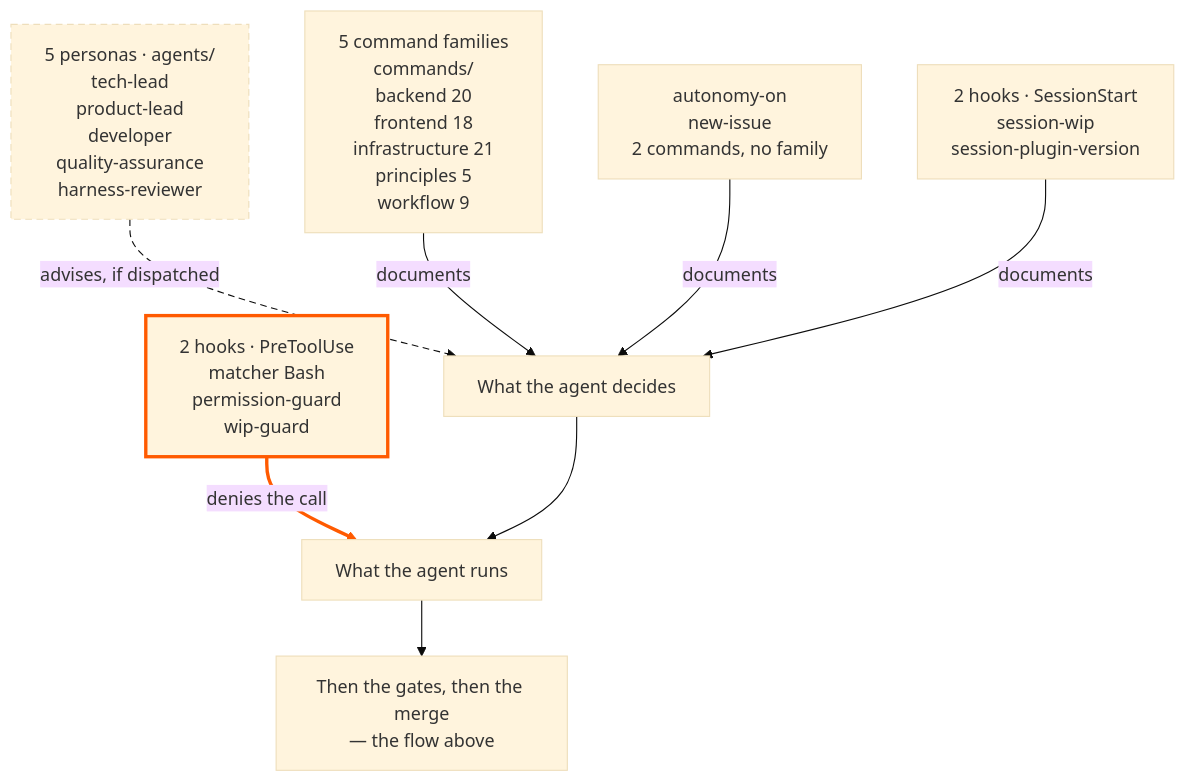
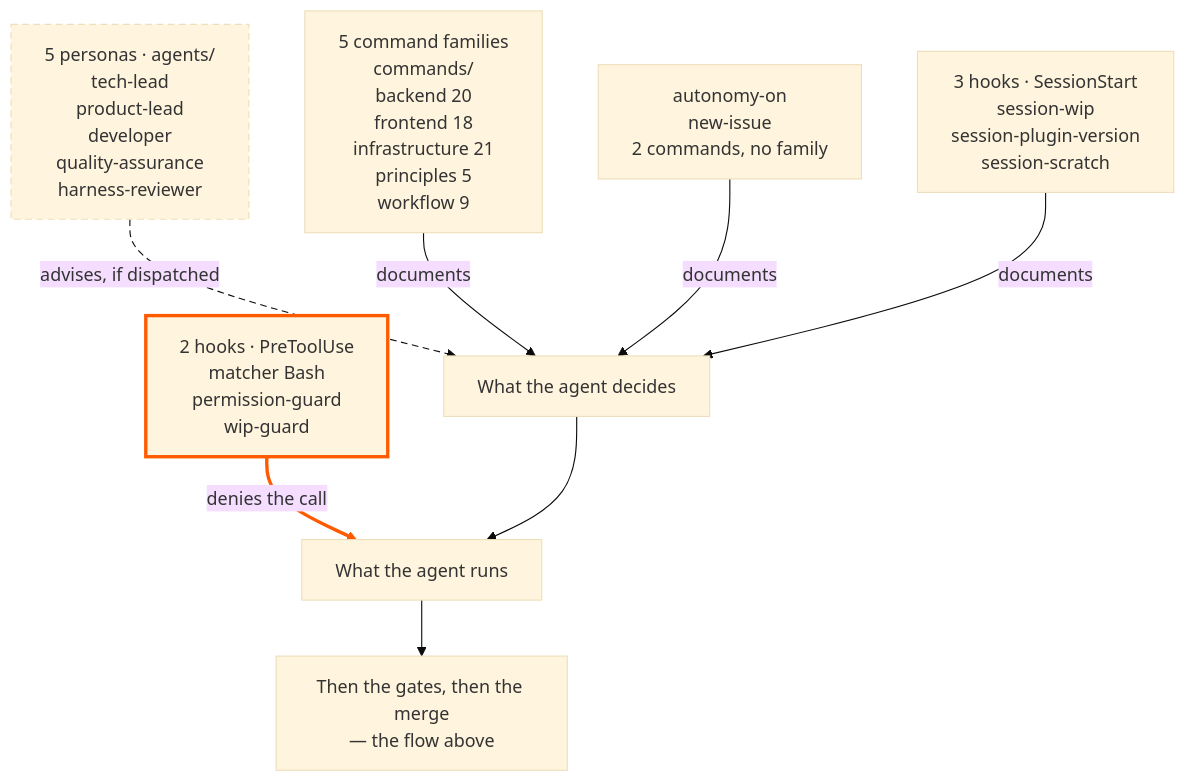
One commit to tedeuxx/tadeumendonca-io changed the fourth of 4 diagrams in apps/fed/src/content/architecture.en.md. Above: the diagram before and after it, drawn with Mermaid (base theme). The commit also changed 9 other files, not shown here.

````diff
--- a/apps/fed/src/content/architecture.en.md
+++ b/apps/fed/src/content/architecture.en.md
@@ -197,26 +197,26 @@
 ```mermaid
 flowchart TB
   accTitle: What the harness is made of
   accDescr: Three kinds of component, drawn apart because they do not have the same force. The hooks registered in hooks.json — permission-guard and wip-guard run on the PreToolUse event with the matcher Bash and REFUSE a tool call before it runs; session-wip and session-plugin-version run on SessionStart and only report state. The personas in the agents directory — tech-lead, product-lead, developer, quality-assurance and harness-reviewer — only ADVISE, which is a claim about their JUDGEMENT and not about their seat. quality-assurance is the sharpest case in both directions: permission-guard rule 7b refuses the merge command from every agent type except that one, so WHO merges is mechanically forced — and nothing anywhere checks whether the review was performed, or performed well. harness-reviewer is weaker still, and must not be read as the same thing: it runs before anything is built rather than after, it gates nothing, and nothing forces it to be dispatched at all — a lens that is not dispatched fails silently. product-lead is the mirror case: it BLOCKS a merge when it finds a published claim that is untrue, but by convention rather than by hook, so nothing refuses the merge command on its behalf. The command families in the commands directory — backend 20, frontend 18, infrastructure 21, principles 5, workflow 9 — plus autonomy-on and new-issue, the commands in no family, only DOCUMENT: they remove a re-decision. In the drawing the deny edge is thick and in the accent colour, the advise edge is dashed, and the document edges are plain. That difference is the claim, not decoration.
   HKD["2 hooks · PreToolUse<br/>matcher Bash<br/>permission-guard<br/>wip-guard"]
   PS["5 personas · agents/<br/>tech-lead<br/>product-lead<br/>developer<br/>quality-assurance<br/>harness-reviewer"]
   CF["5 command families<br/>commands/<br/>backend 20<br/>frontend 18<br/>infrastructure 21<br/>principles 5<br/>workflow 9"]
   OC["autonomy-on<br/>new-issue<br/>2 commands, no family"]
-  HKR["2 hooks · SessionStart<br/>session-wip<br/>session-plugin-version"]
+  HKR["3 hooks · SessionStart<br/>session-wip<br/>session-plugin-version<br/>session-scratch"]
   DE["What the agent decides"]
   RU["What the agent runs"]
   GM["Then the gates, then the merge<br/>— the flow above"]
   HKD -- "denies the call" --> RU
   PS -- "advises, if dispatched" --> DE
   CF -- "documents" --> DE
   OC -- "documents" --> DE
   HKR -- "documents" --> DE
   DE --> RU
   RU --> GM
   classDef mechanism stroke:#FF5A00,stroke-width:3px
   classDef convention stroke-dasharray:6 4
   class HKD mechanism
   class PS convention
   linkStyle 0 stroke:#FF5A00,stroke-width:3px
   linkStyle 1 stroke-dasharray:6 4
 ```
````
